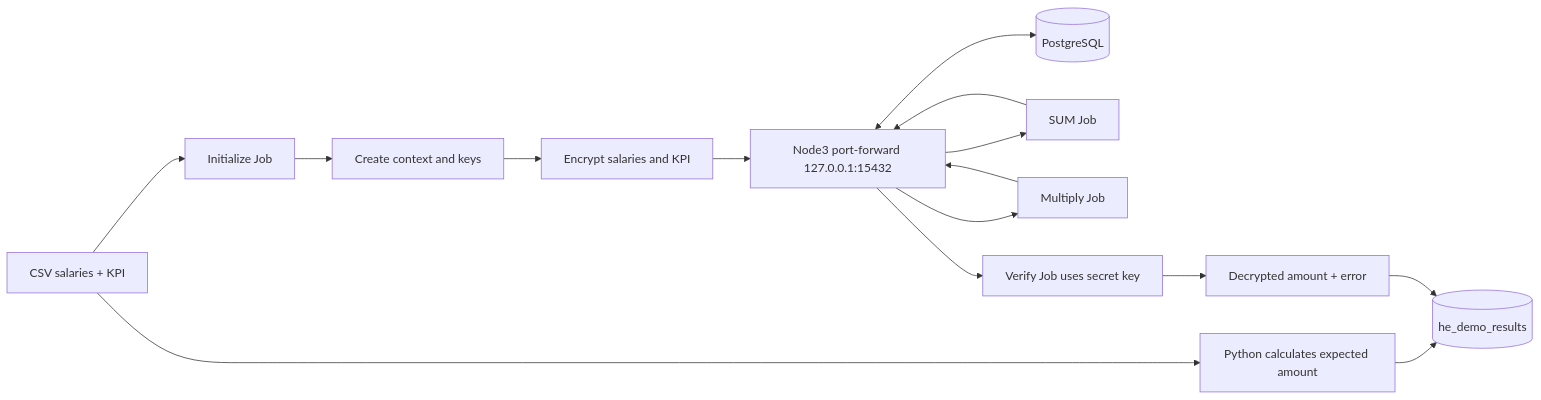
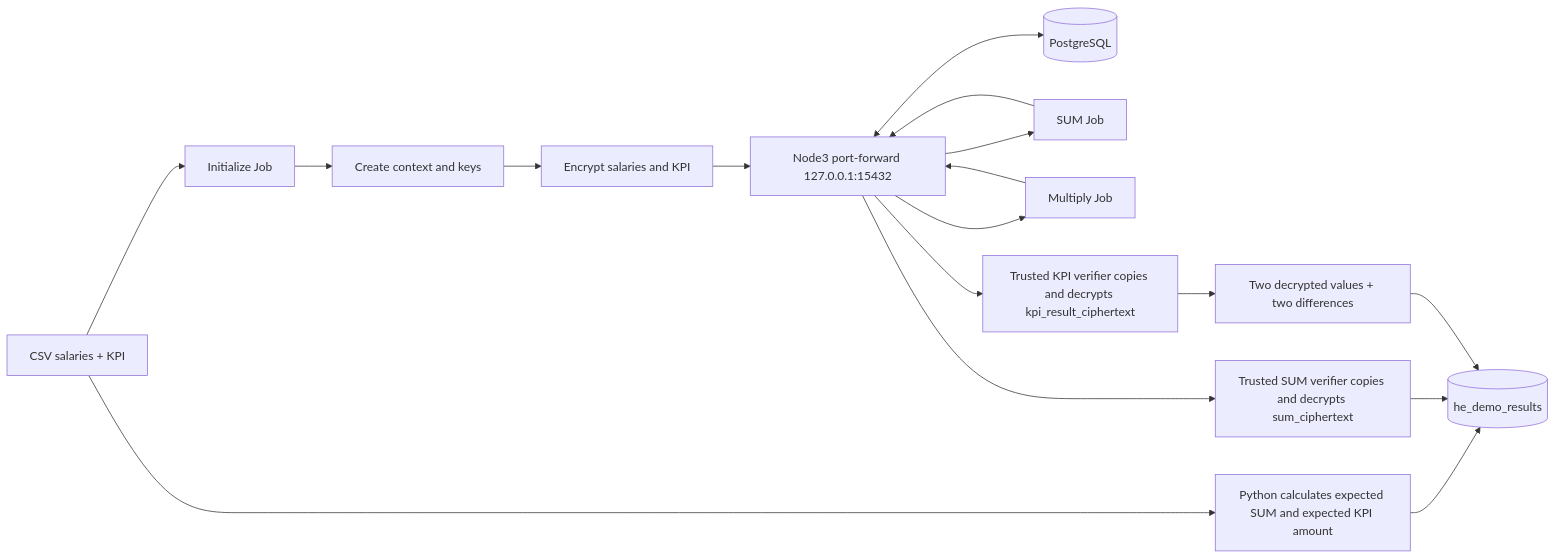
Before and after one commit to Nhatcao1/k3s-demo-gitops: the diagram in demo/cpu-postgres/FLOW.mmd, drawn with Mermaid. The commit also changed 6 other files, not shown here.

Commit message:
Verify SUM and KPI results in PostgreSQL demo

```diff
--- a/demo/cpu-postgres/FLOW.mmd
+++ b/demo/cpu-postgres/FLOW.mmd
@@ -1,15 +1,17 @@
 flowchart LR
     A[CSV salaries + KPI] --> B[Initialize Job]
-    A --> R[Python calculates expected amount]
+    A --> R[Python calculates expected SUM and expected KPI amount]
     B --> C[Create context and keys]
     C --> D[Encrypt salaries and KPI]
     D --> P[Node3 port-forward 127.0.0.1:15432]
     P <--> E[(PostgreSQL)]
     R --> T[(he_demo_results)]
     P --> F[SUM Job]
     F --> P
+    P --> VS[Trusted SUM verifier copies and decrypts sum_ciphertext]
+    VS --> T
     P --> G[Multiply Job]
     G --> P
-    P --> H[Verify Job uses secret key]
-    H --> I[Decrypted amount + error]
+    P --> H[Trusted KPI verifier copies and decrypts kpi_result_ciphertext]
+    H --> I[Two decrypted values + two differences]
     I --> T
```
